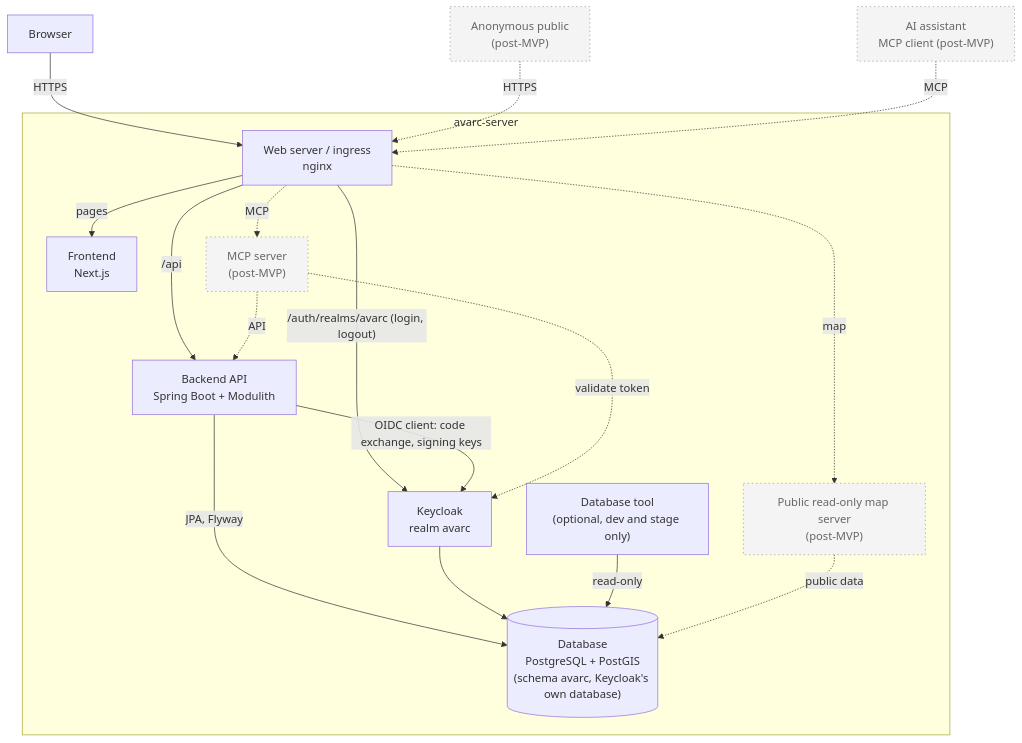
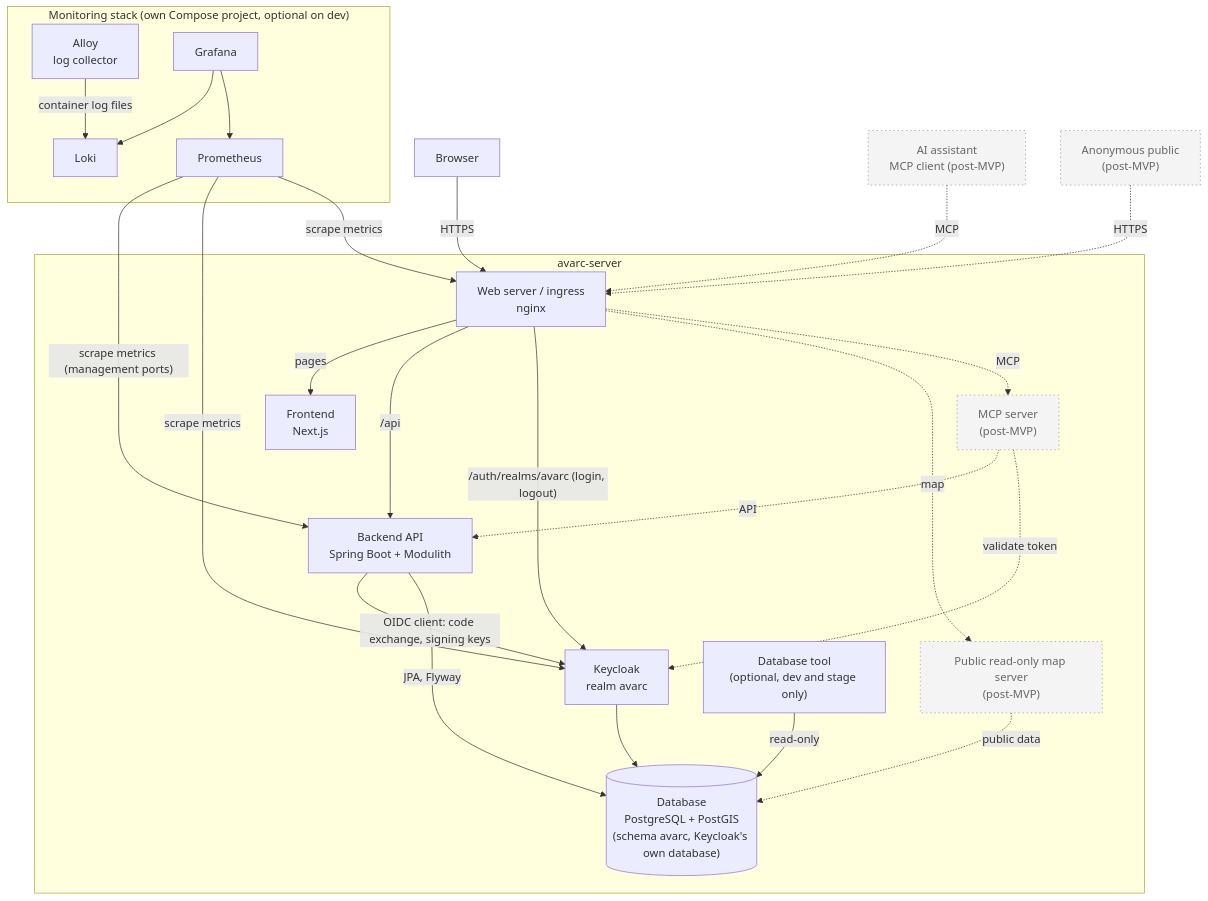
The diagram in spec/architecture-diagram.md (avarcorg/avarc-server), drawn with Mermaid before and after one commit. The commit also changed 2 other files, not shown here.

Commit message:
Specify the observability approach and the monitoring stack (AVARC-21)

````diff
--- a/spec/architecture-diagram.md
+++ b/spec/architecture-diagram.md
@@ -12,38 +12,51 @@
 ```mermaid
 flowchart TB
     Browser[Browser]
     AIClient["AI assistant<br/>MCP client (post-MVP)"]
 
     subgraph Server["avarc-server"]
         Ingress["Web server / ingress<br/>nginx"]
         Frontend["Frontend<br/>Next.js"]
         Backend["Backend API<br/>Spring Boot + Modulith"]
         Keycloak["Keycloak<br/>realm avarc"]
         MapServer["Public read-only map server<br/>(post-MVP)"]
         MCP["MCP server<br/>(post-MVP)"]
         DB[("Database<br/>PostgreSQL + PostGIS<br/>(schema avarc, Keycloak's own database)")]
         DBTool["Database tool<br/>(optional, dev and stage only)"]
     end
 
+    subgraph Monitoring["Monitoring stack (own Compose project, optional on dev)"]
+        Alloy["Alloy<br/>log collector"]
+        Loki["Loki"]
+        Prometheus["Prometheus"]
+        Grafana["Grafana"]
+    end
+
     Browser -- "HTTPS" --> Ingress
     Ingress -- "pages" --> Frontend
     Ingress -- "/api" --> Backend
     Ingress -- "/auth/realms/avarc (login, logout)" --> Keycloak
     Backend -- "OIDC client: code exchange, signing keys" --> Keycloak
     Backend -- "JPA, Flyway" --> DB
     Keycloak --> DB
     DBTool -- "read-only" --> DB
+    Alloy -- "container log files" --> Loki
+    Prometheus -- "scrape metrics (management ports)" --> Backend
+    Prometheus -- "scrape metrics" --> Keycloak
+    Prometheus -- "scrape metrics" --> Ingress
+    Grafana --> Loki
+    Grafana --> Prometheus
     Anonymous["Anonymous public<br/>(post-MVP)"]
     Anonymous -. "HTTPS" .-> Ingress
     Ingress -. "map" .-> MapServer
     MapServer -. "public data" .-> DB
     AIClient -. "MCP" .-> Ingress
     Ingress -. "MCP" .-> MCP
     MCP -. "API" .-> Backend
     MCP -. "validate token" .-> Keycloak
 
     classDef undecided stroke-dasharray: 5 5;
 
     classDef postmvp stroke-dasharray: 2 4,fill:#f4f4f4,stroke:#999,color:#666;
     class AIClient,MCP,MapServer,Anonymous postmvp;
 ```
````
